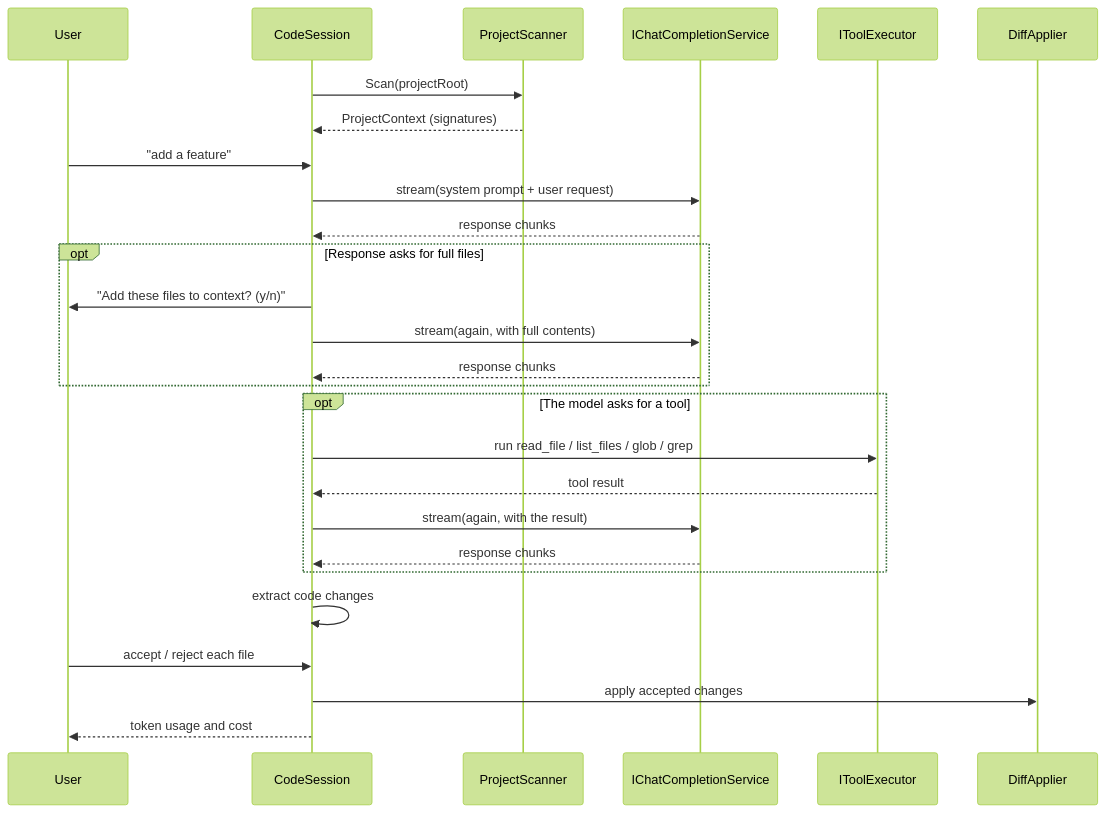
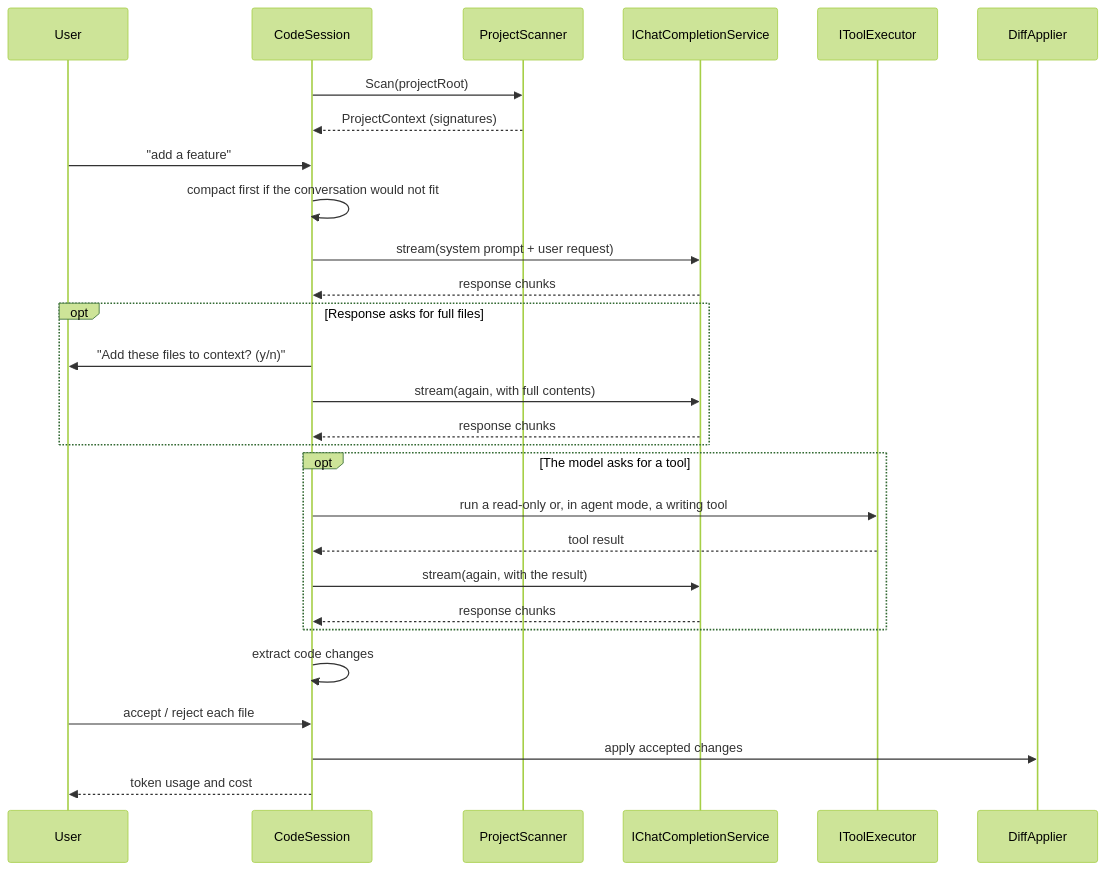
Before and after one commit to meysamhadeli/codai: the second of 2 diagrams in README.md, drawn with Mermaid (forest theme). The commit also changed other lines of this file and 1 other file, not shown here.

First line of the commit message:
docs: describe agent modes, tools, skills and compaction

````diff
--- a/README.md
+++ b/README.md
@@ -335,30 +498,31 @@
 ```mermaid
 sequenceDiagram
     participant U as User
     participant S as CodeSession
     participant SC as ProjectScanner
     participant AI as IChatCompletionService
     participant AI2 as IToolExecutor
     participant D as DiffApplier
 
     S->>SC: Scan(projectRoot)
     SC-->>S: ProjectContext (signatures)
     U->>S: "add a feature"
+    S->>S: compact first if the conversation would not fit
     S->>AI: stream(system prompt + user request)
     AI-->>S: response chunks
     opt Response asks for full files
         S->>U: "Add these files to context? (y/n)"
         S->>AI: stream(again, with full contents)
         AI-->>S: response chunks
     end
     opt The model asks for a tool
-        S->>AI2: run read_file / list_files / glob / grep
+        S->>AI2: run a read-only or, in agent mode, a writing tool
         AI2-->>S: tool result
         S->>AI: stream(again, with the result)
         AI-->>S: response chunks
     end
     S->>S: extract code changes
     U->>S: accept / reject each file
     S->>D: apply accepted changes
     S-->>U: token usage and cost
 ```
````
